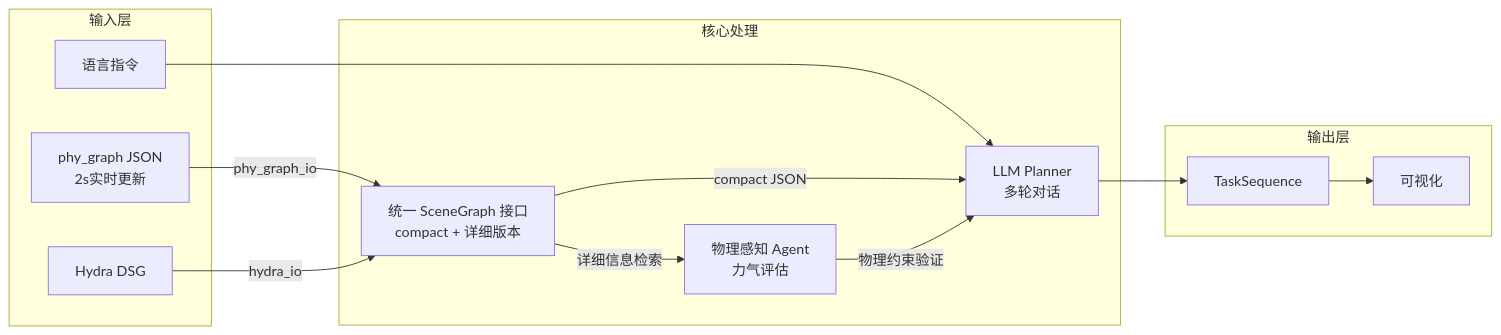
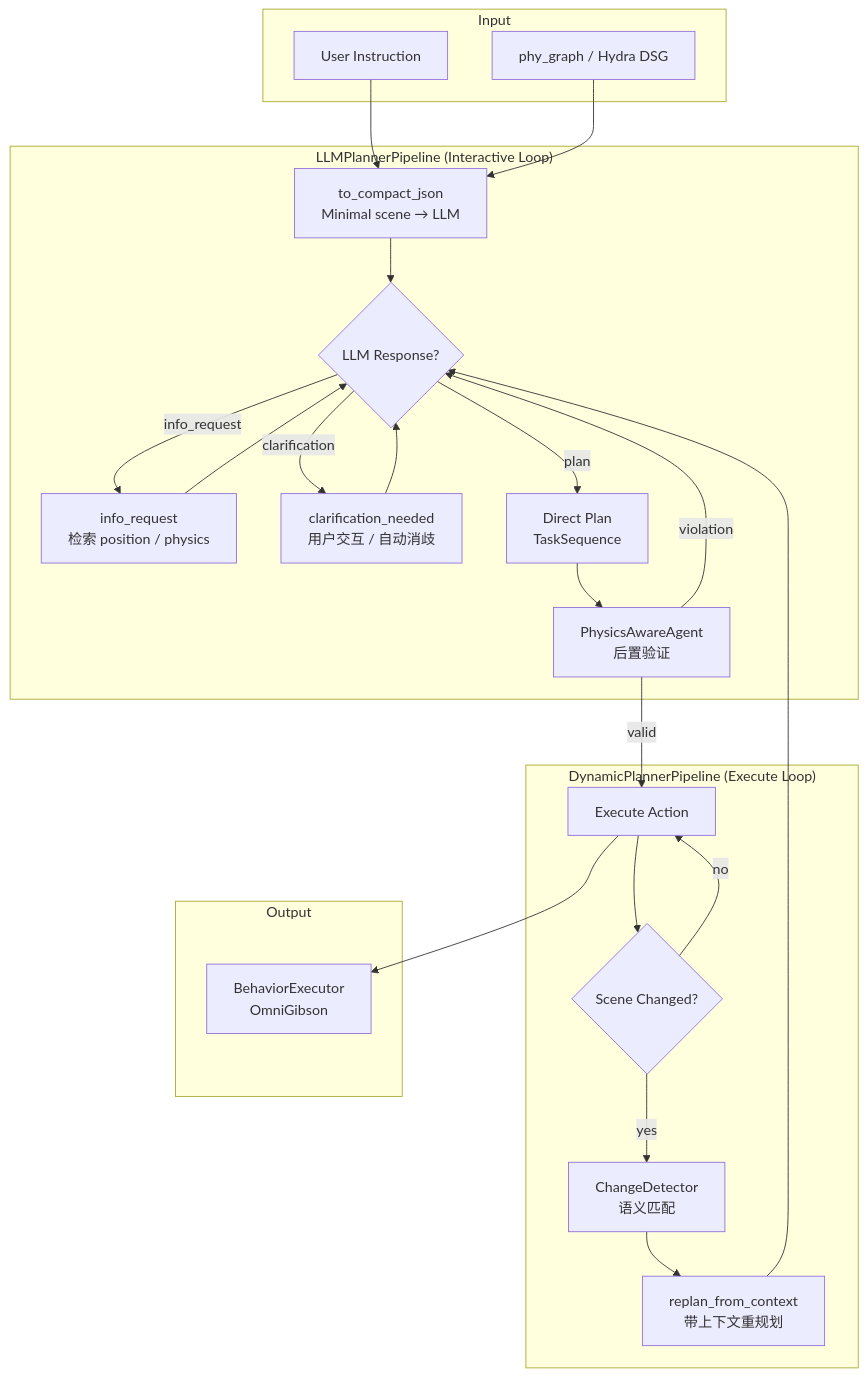
The diagram in phy_plan/README.MD (KamwingChan/Hydra_exp), drawn with Mermaid before and after one commit. The commit also changed other lines of this file and 18 other files, not shown here.

````diff
--- a/phy_plan/README.MD
+++ b/phy_plan/README.MD
@@ -94,28 +169,40 @@
 ```mermaid
-flowchart LR
-    subgraph Input [输入层]
-        A[语言指令]
-        B[phy_graph JSON<br/>2s实时更新]
-        C[Hydra DSG]
+flowchart TD
+    subgraph Input
+        A[User Instruction]
+        B[phy_graph / Hydra DSG]
     end
-    
-    subgraph Core [核心处理]
-        D[统一 SceneGraph 接口<br/>compact + 详细版本]
-        E[物理感知 Agent<br/>力气评估]
-        F[LLM Planner<br/>多轮对话]
+
+    subgraph Pipeline ["LLMPlannerPipeline (Interactive Loop)"]
+        C[to_compact_json<br/>Minimal scene → LLM]
+        D{LLM Response?}
+        E[info_request<br/>检索 position / physics]
+        F[clarification_needed<br/>用户交互 / 自动消歧]
+        G[Direct Plan<br/>TaskSequence]
+        H[PhysicsAwareAgent<br/>后置验证]
     end
-    
-    subgraph Output [输出层]
-        G[TaskSequence]
-        H[可视化]
+
+    subgraph Dynamic ["DynamicPlannerPipeline (Execute Loop)"]
+        I[Execute Action]
+        J{Scene Changed?}
+        K[ChangeDetector<br/>语义匹配]
+        L[replan_from_context<br/>带上下文重规划]
     end
-    
-    A --> F
-    B -->|phy_graph_io| D
-    C -->|hydra_io| D
-    D -->|compact JSON| F
-    D -->|详细信息检索| E
-    E -->|物理约束验证| F
-    F --> G
-    G --> H
+
+    subgraph Output
+        M[BehaviorExecutor<br/>OmniGibson]
+    end
+
+    A --> C
+    B --> C
+    C --> D
+    D -->|info_request| E --> D
+    D -->|clarification| F --> D
+    D -->|plan| G --> H
+    H -->|valid| I
+    H -->|violation| D
+    I --> J
+    J -->|yes| K --> L --> D
+    J -->|no| I
+    I --> M
 ```
````
